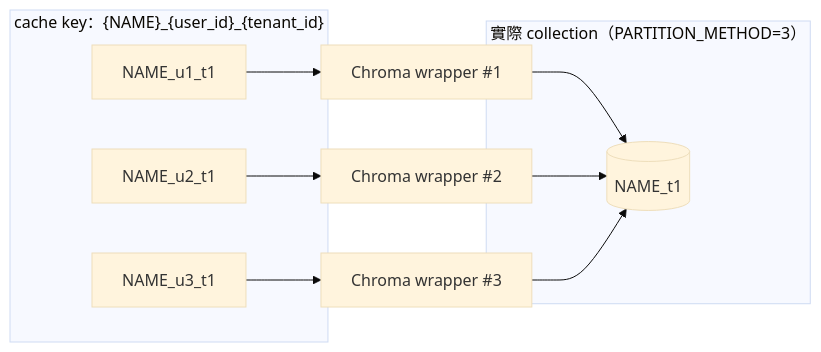
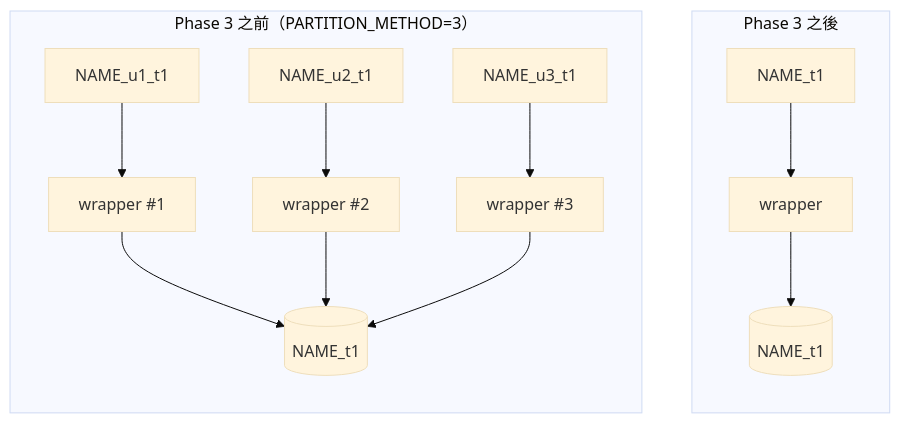
One commit to jltz1207/LoginFastapi changed the fourth of 4 diagrams in docs/vectorstore/vectorstore-collection-handle-cost-20261009.md. Above: the diagram before and after it, drawn with Mermaid (base theme). The commit also changed other lines of this file and 5 other files, not shown here.

Commit message:
refactor vector store: bound collection cache and key it by real name (Phase 3)

````diff
--- a/docs/vectorstore/vectorstore-collection-handle-cost-20261009.md
+++ b/docs/vectorstore/vectorstore-collection-handle-cost-20261009.md
@@ -134,14 +138,12 @@
 ```mermaid
 flowchart LR
-    subgraph keys["cache key：{NAME}_{user_id}_{tenant_id}"]
-        K1["NAME_u1_t1"]
-        K2["NAME_u2_t1"]
-        K3["NAME_u3_t1"]
+    subgraph before["Phase 3 之前（PARTITION_METHOD=3）"]
+        K1["NAME_u1_t1"] --> W1["wrapper #1"] --> C1[("NAME_t1")]
+        K2["NAME_u2_t1"] --> W2["wrapper #2"] --> C1
+        K3["NAME_u3_t1"] --> W3["wrapper #3"] --> C1
     end
-    subgraph real["實際 collection（PARTITION_METHOD=3）"]
-        C1[("NAME_t1")]
+    subgraph after["Phase 3 之後"]
+        K["NAME_t1"] --> W["wrapper"] --> C2[("NAME_t1")]
     end
-    K1 --> W1["Chroma wrapper #1"] --> C1
-    K2 --> W2["Chroma wrapper #2"] --> C1
-    K3 --> W3["Chroma wrapper #3"] --> C1
+    before ~~~ after
 ```
````
